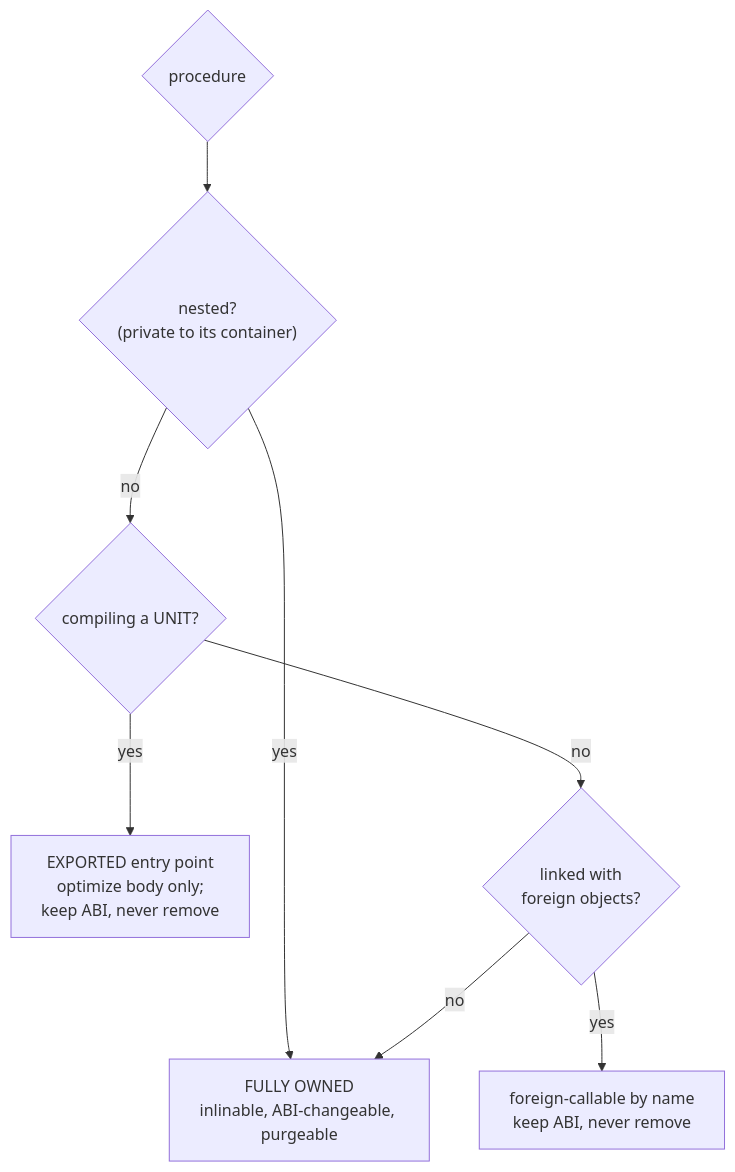
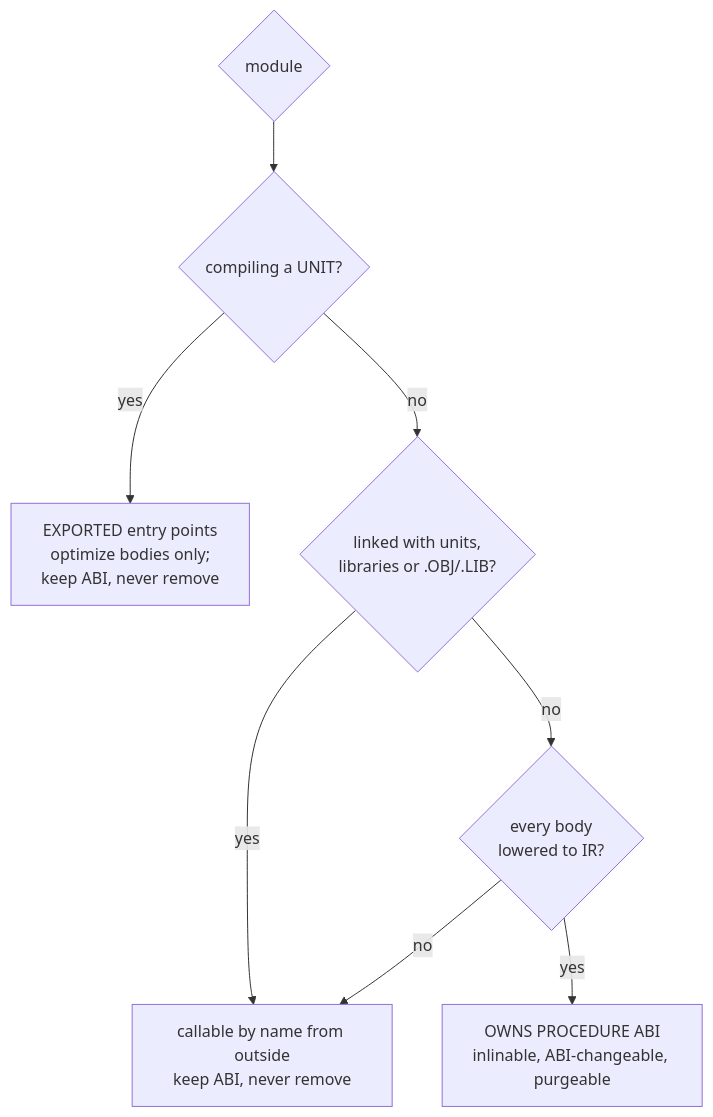
One commit to Hawkynt/PB-Compiler changed the fourth of 6 diagrams in docs/PIPELINE.md. Above: the diagram before and after it, drawn with Mermaid. The commit also changed other lines of this file and 695 other files, not shown here.

````diff
--- a/docs/PIPELINE.md
+++ b/docs/PIPELINE.md
@@ -91,10 +113,10 @@
 ```mermaid
 flowchart TD
-  P{"procedure"} --> N{"nested?<br/>(private to its container)"}
-  N -- yes --> OWN["FULLY OWNED<br/>inlinable, ABI-changeable, purgeable"]
-  N -- no --> U{"compiling a UNIT?"}
-  U -- yes --> EXP["EXPORTED entry point<br/>optimize body only;<br/>keep ABI, never remove"]
-  U -- no --> EC{"linked with<br/>foreign objects?"}
-  EC -- yes --> FOR["foreign-callable by name<br/>keep ABI, never remove"]
-  EC -- no --> OWN
+  M{"module"} --> U{"compiling a UNIT?"}
+  U -- yes --> EXP["EXPORTED entry points<br/>optimize bodies only;<br/>keep ABI, never remove"]
+  U -- no --> EC{"linked with units,<br/>libraries or .OBJ/.LIB?"}
+  EC -- yes --> FOR["callable by name from outside<br/>keep ABI, never remove"]
+  EC -- no --> L{"every body<br/>lowered to IR?"}
+  L -- no --> FOR
+  L -- yes --> OWN["OWNS PROCEDURE ABI<br/>inlinable, ABI-changeable, purgeable"]
 ```
````
